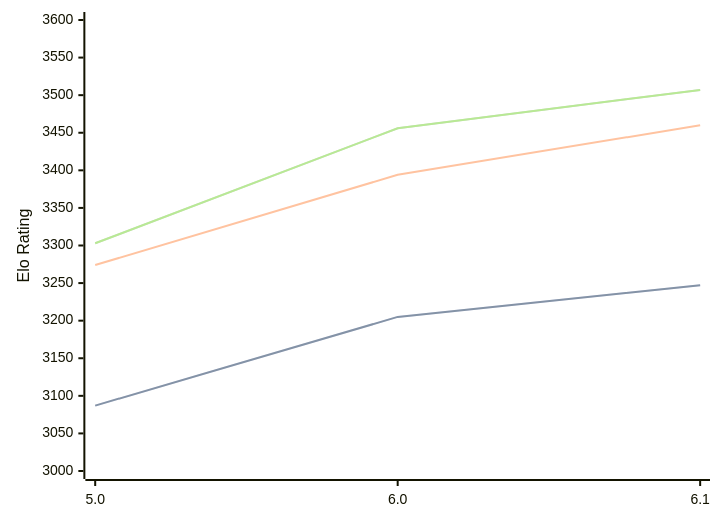
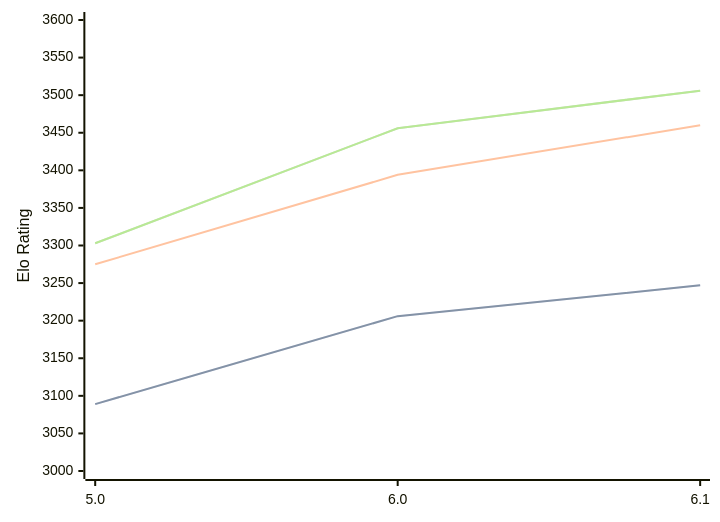
The diagram in engines/PZChessBot.md (computer-chess-index/cci), drawn with Mermaid before and after one commit. The commit also changed other lines of this file, not shown here.

Commit message:
Update CCI Ratings (ELO VLTC) - 2026-02-17

````diff
--- a/engines/PZChessBot.md
+++ b/engines/PZChessBot.md
@@ -39,11 +39,11 @@
 ```mermaid
 %%{init: {"theme":"base","themeVariables":{"seriesColors:['#a3a3a3','#222221','#faa371']}}}%%
 xychart-beta
   x-axis ["5.0", "6.0", "6.1"]
   y-axis "Elo Rating" 3000 --> 3600
-  line "STC (8.0+0.08s)" [3087, 3205, 3247]
-  line "STC (8.0+0.08s)" [3087, 3205, 3247]
-  line "LTC (60.0+0.60s)" [3274, 3394, 3460]
-  line "VLTC (2m24s+1.12s)" [3303, 3456, 3507]
-  line "VLTC (2m24s+1.12s)" [3303, 3456, 3507]
+  line "STC (8.0+0.08s)" [3089, 3206, 3247]
+  line "STC (8.0+0.08s)" [3089, 3206, 3247]
+  line "LTC (60.0+0.60s)" [3275, 3394, 3460]
+  line "VLTC (2m24s+1.12s)" [3303, 3456, 3506]
+  line "VLTC (2m24s+1.12s)" [3303, 3456, 3506]
 ```
````
